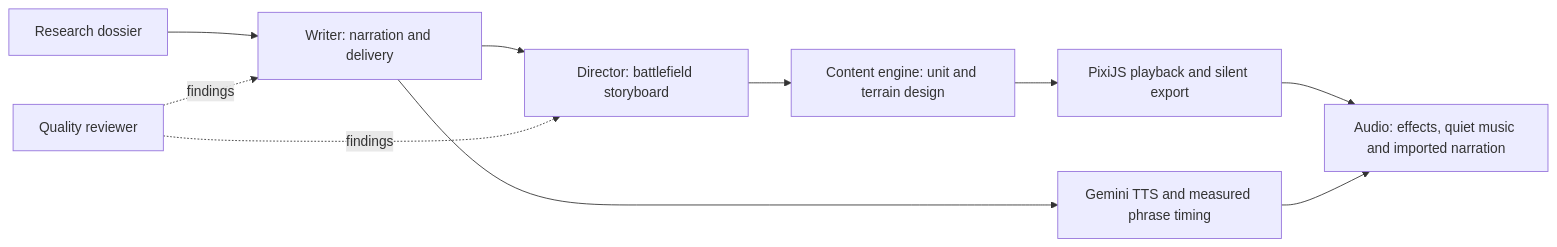
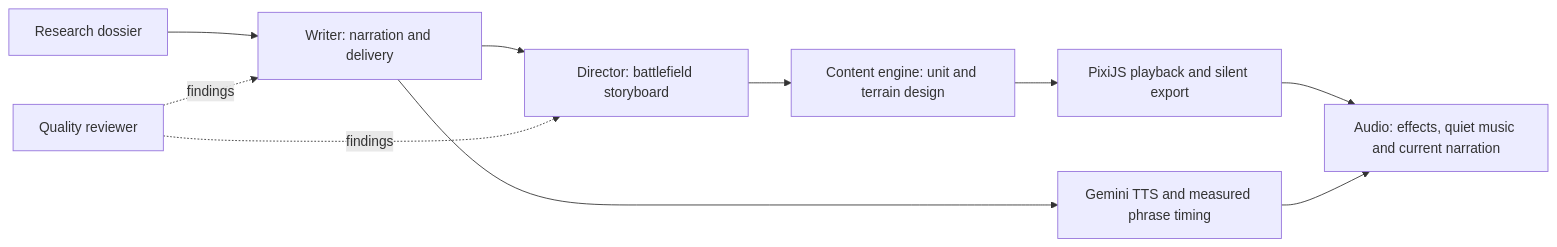
One commit to ammar-adel222/Content-Machine changed the diagram in docs/PIPELINE_ARCHITECTURE.md. Above: the diagram before and after it, drawn with Mermaid. The commit also changed other lines of this file and 56 other files, not shown here.

````diff
--- a/docs/PIPELINE_ARCHITECTURE.md
+++ b/docs/PIPELINE_ARCHITECTURE.md
@@ -15,12 +15,12 @@
 ```mermaid
 flowchart LR
     R[Research dossier] --> W[Writer: narration and delivery]
     W --> D[Director: battlefield storyboard]
     D --> V[Content engine: unit and terrain design]
     V --> P[PixiJS playback and silent export]
-    P --> A[Audio: effects, quiet music and imported narration]
+    P --> A[Audio: effects, quiet music and current narration]
     W --> T[Gemini TTS and measured phrase timing]
     T --> A
     Q[Quality reviewer] -. findings .-> W
     Q -. findings .-> D
 ```
````
